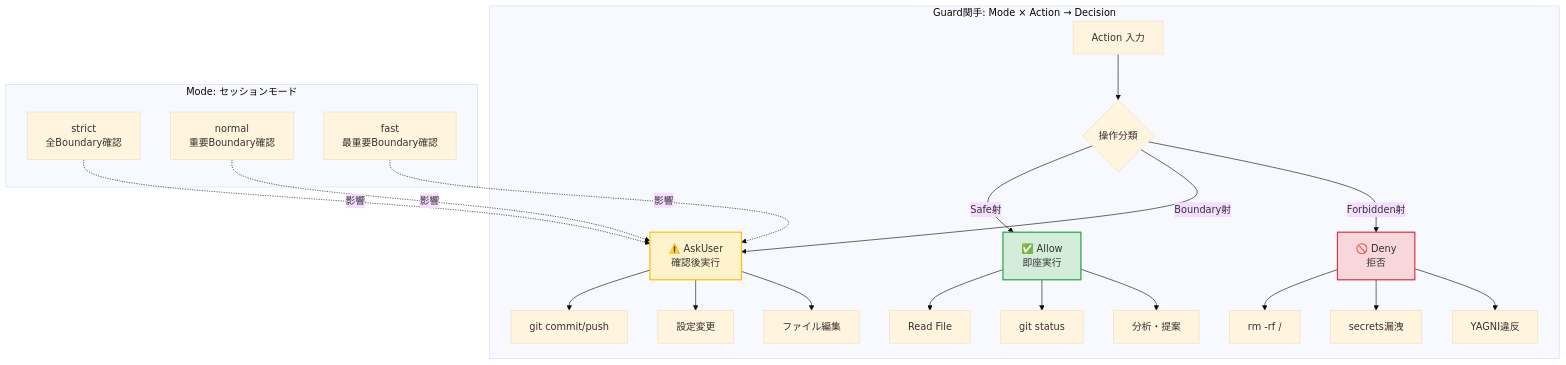
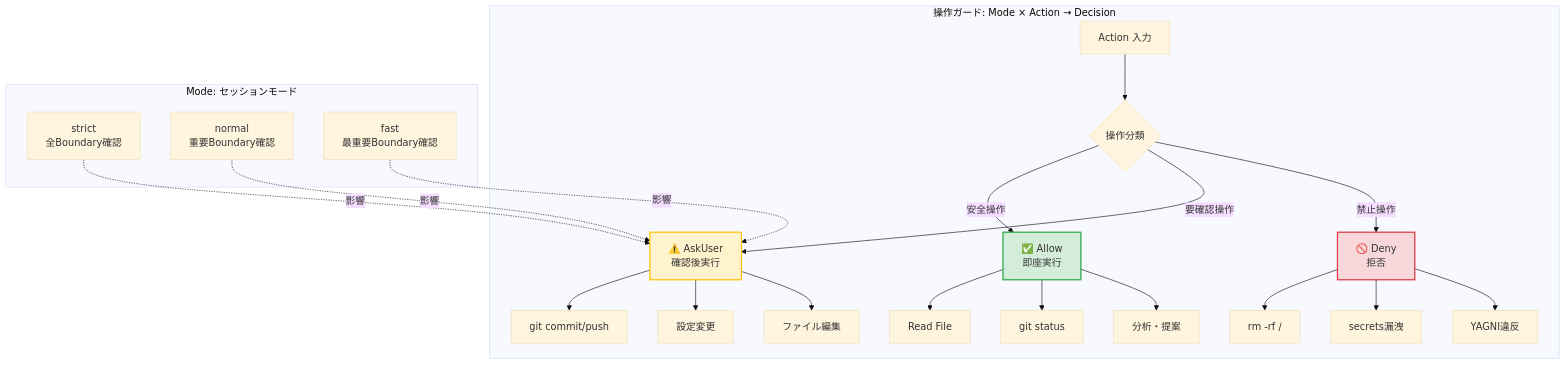
Before and after one commit to DaichiHoshina/ai-tools: the first of 2 diagrams in claude-code/commands/protection-mode.md, drawn with Mermaid (base theme). The commit also changed other lines of this file and 19 other files, not shown here.

````diff
--- a/claude-code/commands/protection-mode.md
+++ b/claude-code/commands/protection-mode.md
@@ -63,36 +63,36 @@
 ```mermaid
 graph TB
-    subgraph "Guard関手: Mode × Action → Decision"
+    subgraph "操作ガード: Mode × Action → Decision"
         A[Action 入力] --> B{操作分類}
 
-        B -->|Safe射| C[✅ Allow<br/>即座実行]
-        B -->|Boundary射| D[⚠️ AskUser<br/>確認後実行]
-        B -->|Forbidden射| E[🚫 Deny<br/>拒否]
+        B -->|安全操作| C[✅ Allow<br/>即座実行]
+        B -->|要確認操作| D[⚠️ AskUser<br/>確認後実行]
+        B -->|禁止操作| E[🚫 Deny<br/>拒否]
 
         C --> F1[Read File]
         C --> F2[git status]
         C --> F3[分析・提案]
 
         D --> G1[git commit/push]
         D --> G2[設定変更]
         D --> G3[ファイル編集]
 
         E --> H1[rm -rf /]
         E --> H2[secrets漏洩]
         E --> H3[YAGNI違反]
     end
 
     subgraph "Mode: セッションモード"
         M1[strict<br/>全Boundary確認]
         M2[normal<br/>重要Boundary確認]
         M3[fast<br/>最重要Boundary確認]
     end
 
     M1 -.影響.-> D
     M2 -.影響.-> D
     M3 -.影響.-> D
 
     style C fill:#d4edda,stroke:#28a745,stroke-width:2px
     style D fill:#fff3cd,stroke:#ffc107,stroke-width:2px
     style E fill:#f8d7da,stroke:#dc3545,stroke-width:2px
 ```
````
